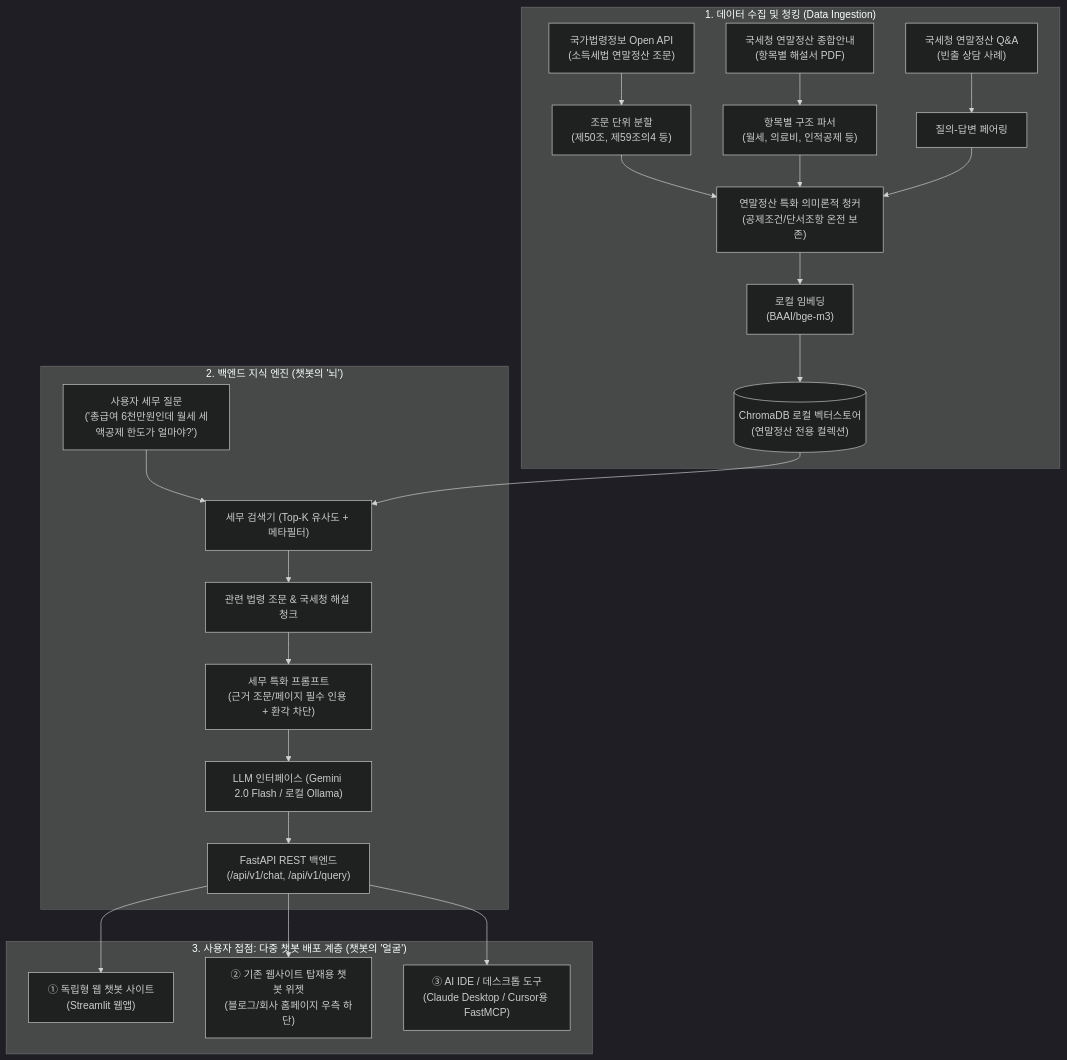
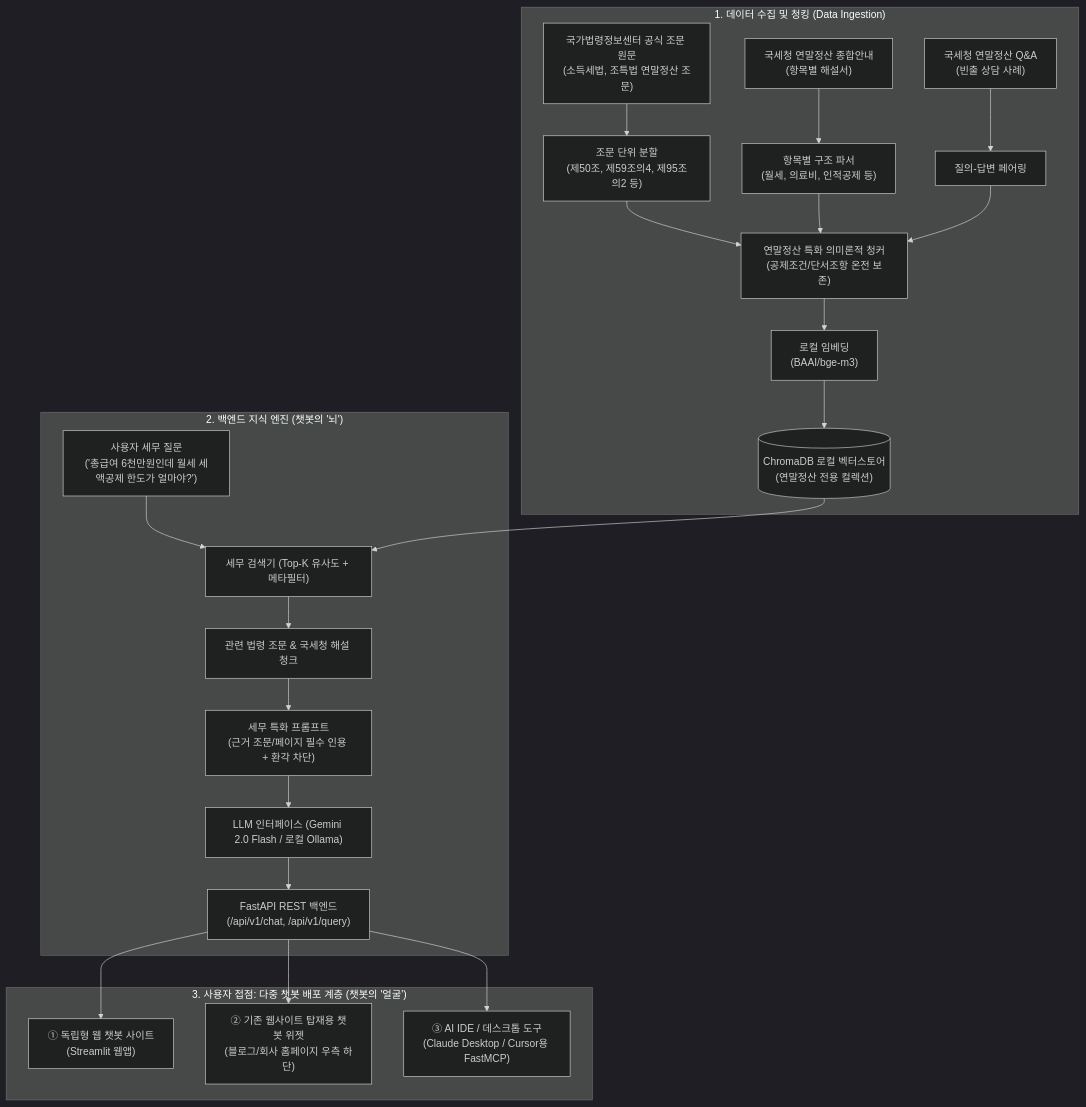
One commit to qooqookeke/rag_accounting_project changed the diagram in README.md. Above: the diagram before and after it, drawn with Mermaid (dark theme). The commit also changed other lines of this file and 1 other file, not shown here.

````diff
--- a/README.md
+++ b/README.md
@@ -160,30 +163,30 @@
 ```mermaid
 flowchart TD
     subgraph DataPipeline["1. 데이터 수집 및 청킹 (Data Ingestion)"]
-        LawAPI["국가법령정보 Open API\n(소득세법 연말정산 조문)"] --> LawSplitter["조문 단위 분할\n(제50조, 제59조의4 등)"]
-        PDF["국세청 연말정산 종합안내\n(항목별 해설서 PDF)"] --> PDFParser["항목별 구조 파서\n(월세, 의료비, 인적공제 등)"]
+        LawData["국가법령정보센터 공식 조문 원문\n(소득세법, 조특법 연말정산 조문)"] --> LawSplitter["조문 단위 분할\n(제50조, 제59조의4, 제95조의2 등)"]
+        PDF["국세청 연말정산 종합안내\n(항목별 해설서)"] --> PDFParser["항목별 구조 파서\n(월세, 의료비, 인적공제 등)"]
         FAQ["국세청 연말정산 Q&A\n(빈출 상담 사례)"] --> FAQParser["질의-답변 페어링"]
         
         LawSplitter --> SemanticChunker["연말정산 특화 의미론적 청커\n(공제조건/단서조항 온전 보존)"]
         PDFParser --> SemanticChunker
         FAQParser --> SemanticChunker
         
         SemanticChunker --> LocalEmbedding["로컬 임베딩\n(BAAI/bge-m3)"]
         LocalEmbedding --> VectorDB[("ChromaDB 로컬 벡터스토어\n(연말정산 전용 컬렉션)")]
     end
 
     subgraph CoreEngine["2. 백엔드 지식 엔진 (챗봇의 '뇌')"]
         Query["사용자 세무 질문\n('총급여 6천만원인데 월세 세액공제 한도가 얼마야?')"] --> Retriever["세무 검색기 (Top-K 유사도 + 메타필터)"]
         VectorDB --> Retriever
         Retriever --> TopChunks["관련 법령 조문 & 국세청 해설 청크"]
         TopChunks --> PromptEngine["세무 특화 프롬프트\n(근거 조문/페이지 필수 인용 + 환각 차단)"]
         PromptEngine --> LLMProvider["LLM 인터페이스 (Gemini 2.0 Flash / 로컬 Ollama)"]
         LLMProvider --> FastAPI["FastAPI REST 백엔드\n(/api/v1/chat, /api/v1/query)"]
     end
 
     subgraph ServingLayer["3. 사용자 접점: 다중 챗봇 배포 계층 (챗봇의 '얼굴')"]
         FastAPI --> WebApp["① 독립형 웹 챗봇 사이트\n(Streamlit 웹앱)"]
         FastAPI --> WebWidget["② 기존 웹사이트 탑재용 챗봇 위젯\n(블로그/회사 홈페이지 우측 하단)"]
         FastAPI --> MCP["③ AI IDE / 데스크톱 도구\n(Claude Desktop / Cursor용 FastMCP)"]
     end
 ```
````
